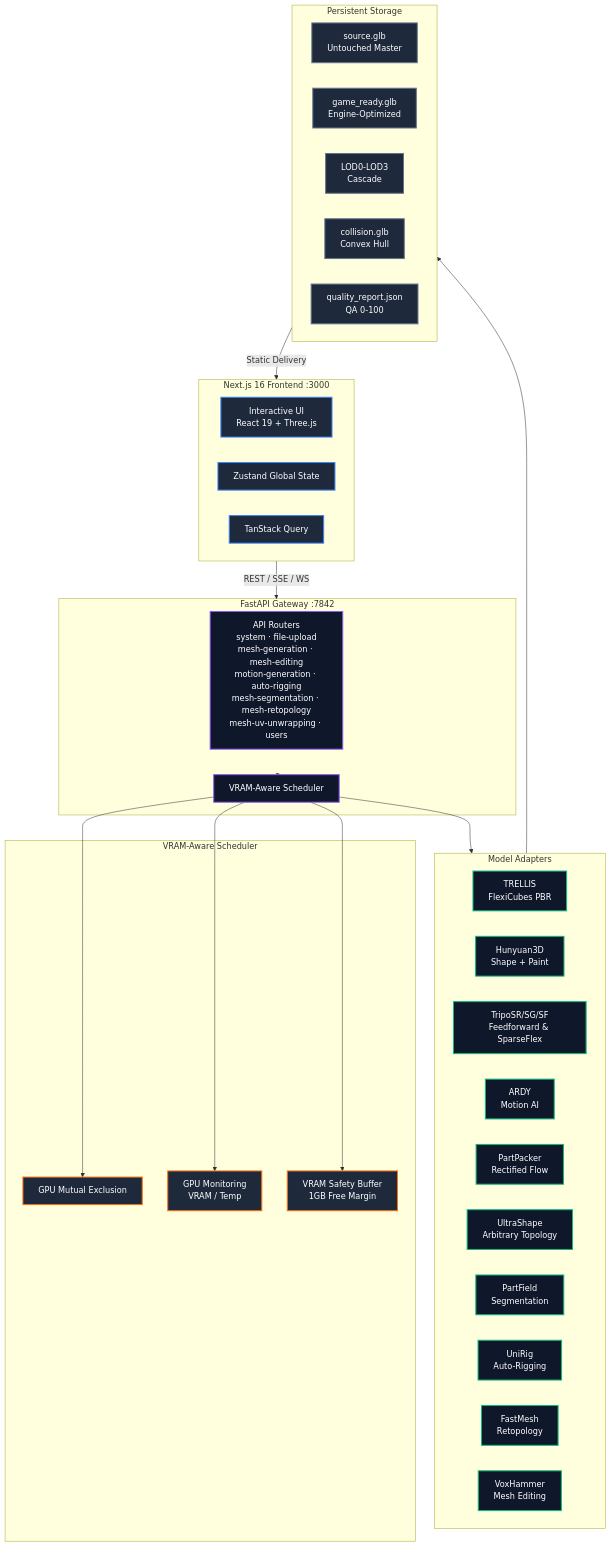
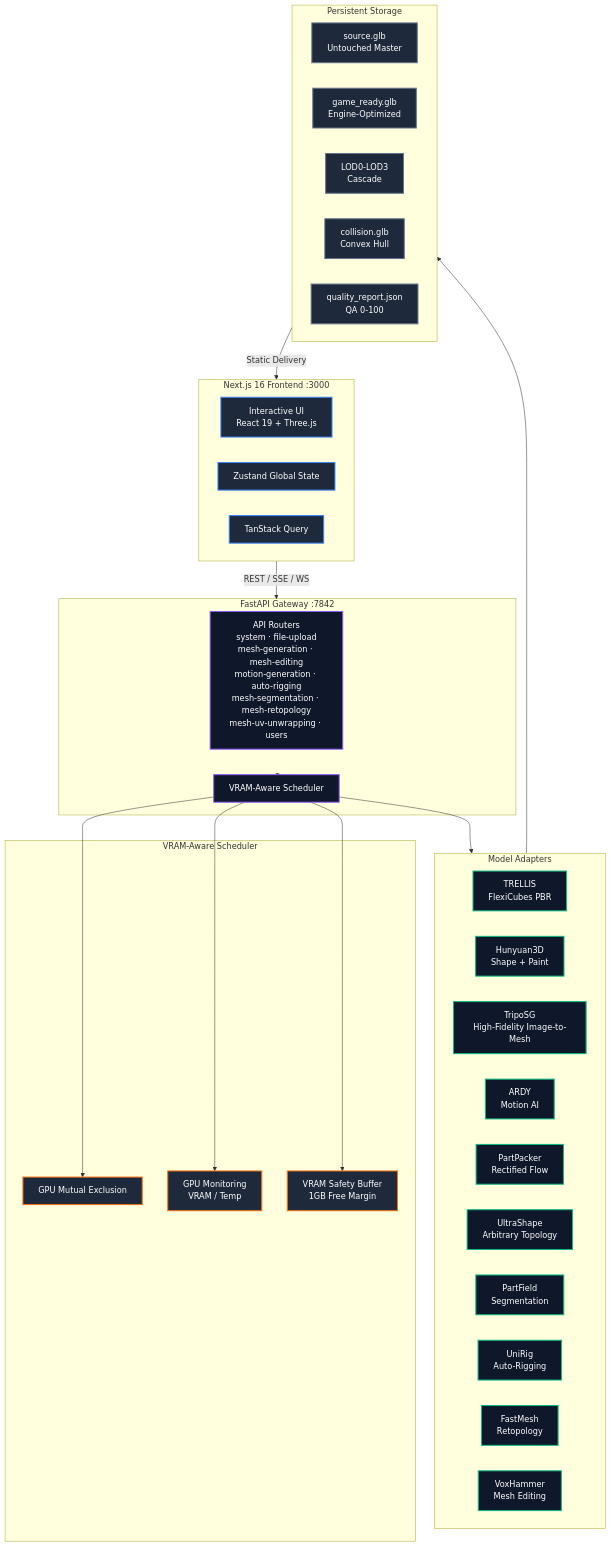
The first of 3 diagrams in Docs/PRD.md (Silentzx2/ForMash3D), drawn with Mermaid before and after one commit. The commit also changed other lines of this file and 44 other files, not shown here.

````diff
--- a/Docs/PRD.md
+++ b/Docs/PRD.md
@@ -147,56 +144,56 @@
 ```mermaid
 flowchart TB
     classDef client fill:#1e293b,stroke:#3b82f6,stroke-width:2px,color:#fff
     classDef gateway fill:#0f172a,stroke:#8b5cf6,stroke-width:2px,color:#fff
     classDef scheduler fill:#1e293b,stroke:#f97316,stroke-width:2px,color:#fff
     classDef adapters fill:#0f172a,stroke:#10b981,stroke-width:2px,color:#fff
     classDef storage fill:#1e293b,stroke:#64748b,stroke-width:2px,color:#fff
     classDef queue fill:#0f172a,stroke:#ec4899,stroke-width:2px,color:#fff
 
     subgraph Client["Next.js 16 Frontend :3000"]
         UI["Interactive UI<br/>React 19 + Three.js"]:::client
         STATE["Zustand Global State"]:::client
         QUERY["TanStack Query"]:::client
     end
 
     subgraph Gateway["FastAPI Gateway :7842"]
         ROUTERS["API Routers<br/>system · file-upload<br/>mesh-generation · mesh-editing<br/>motion-generation · auto-rigging<br/>mesh-segmentation · mesh-retopology<br/>mesh-uv-unwrapping · users"]:::gateway
         SCHED["VRAM-Aware Scheduler"]:::gateway
     end
 
     subgraph S["VRAM-Aware Scheduler"]
         GPU_LOCK["GPU Mutual Exclusion"]:::scheduler
         MONITOR["GPU Monitoring<br/>VRAM / Temp"]:::scheduler
         SAFETY["VRAM Safety Buffer<br/>1GB Free Margin"]:::scheduler
     end
 
     subgraph Adapters["Model Adapters"]
         TRELLIS["TRELLIS<br/>FlexiCubes PBR"]:::adapters
         HUNY["Hunyuan3D<br/>Shape + Paint"]:::adapters
-        TRIPO["TripoSR/SG/SF<br/>Feedforward & SparseFlex"]:::adapters
+        TRIPO["TripoSG<br/>High-Fidelity Image-to-Mesh"]:::adapters
         ARDY["ARDY<br/>Motion AI"]:::adapters
         PP["PartPacker<br/>Rectified Flow"]:::adapters
         US["UltraShape<br/>Arbitrary Topology"]:::adapters
         PF["PartField<br/>Segmentation"]:::adapters
         UR["UniRig<br/>Auto-Rigging"]:::adapters
         FM["FastMesh<br/>Retopology"]:::adapters
         VH["VoxHammer<br/>Mesh Editing"]:::adapters
     end
 
     subgraph Storage["Persistent Storage"]
         SRC["source.glb<br/>Untouched Master"]:::storage
         GAME["game_ready.glb<br/>Engine-Optimized"]:::storage
         LODS["LOD0-LOD3<br/>Cascade"]:::storage
         COL["collision.glb<br/>Convex Hull"]:::storage
         QA["quality_report.json<br/>QA 0-100"]:::storage
     end
 
     Client -- "REST / SSE / WS" --> Gateway
     Gateway --> SCHED
     SCHED --> GPU_LOCK
     SCHED --> MONITOR
     SCHED --> SAFETY
     SCHED --> Adapters
     Adapters --> Storage
     Storage -- "Static Delivery" --> Client
 ```
````
